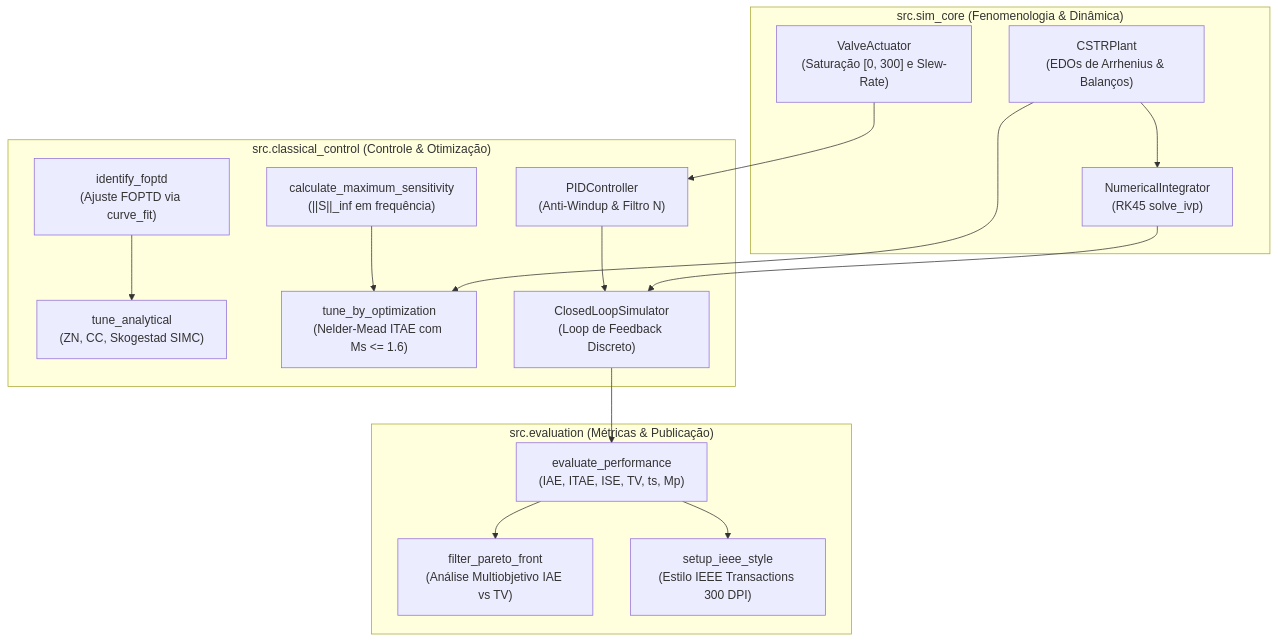
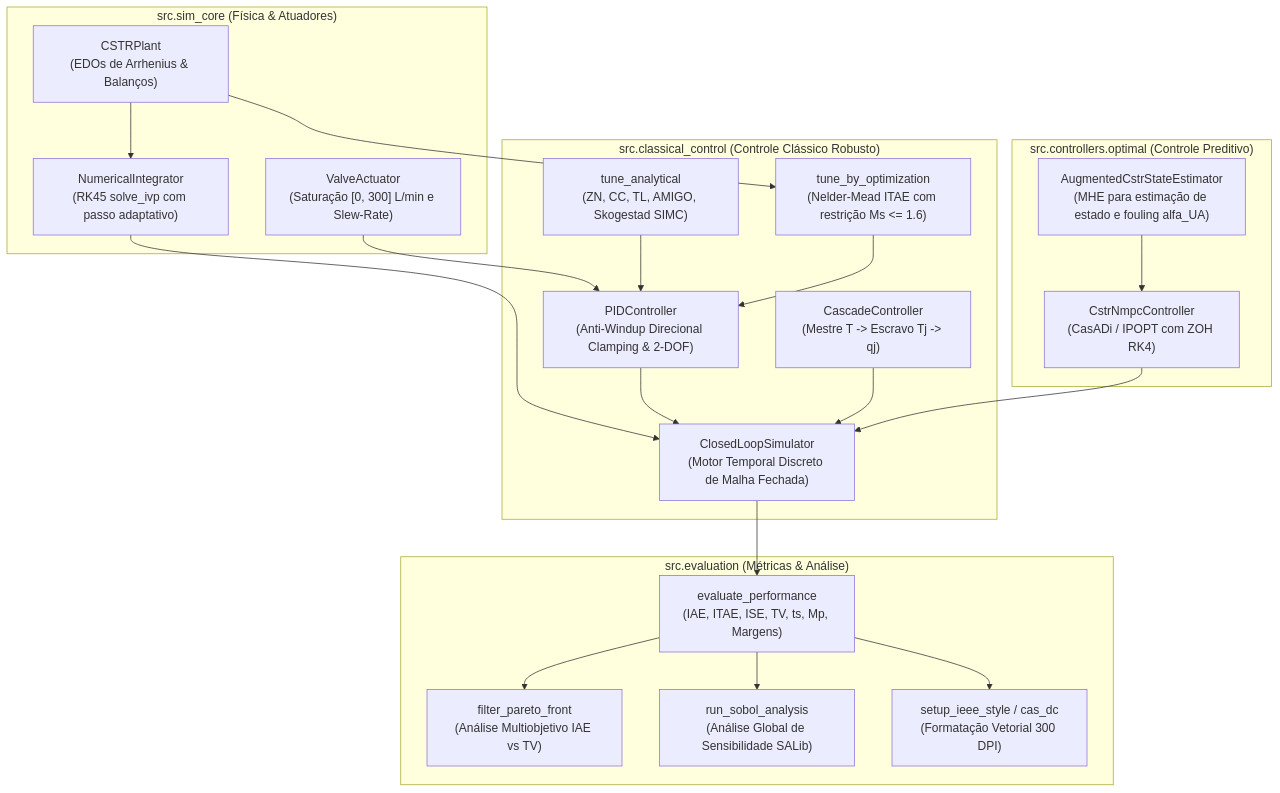
Before and after one commit to Marques-svnt/IC-CSTR-Control-Benchmark: the diagram in src/README.md, drawn with Mermaid. The commit also changed other lines of this file and 6 other files, not shown here.

````diff
--- a/src/README.md
+++ b/src/README.md
@@ -12,34 +12,43 @@
 ```mermaid
 flowchart TD
-    subgraph sim_core["src.sim_core (Fenomenologia & Dinâmica)"]
+    subgraph sim_core["src.sim_core (Física & Atuadores)"]
         Plant["CSTRPlant\n(EDOs de Arrhenius & Balanços)"]
-        Valve["ValveActuator\n(Saturação [0, 300] e Slew-Rate)"]
-        Integ["NumericalIntegrator\n(RK45 solve_ivp)"]
+        Valve["ValveActuator\n(Saturação [0, 300] L/min e Slew-Rate)"]
+        Integ["NumericalIntegrator\n(RK45 solve_ivp com passo adaptativo)"]
     end
 
-    subgraph classical_control["src.classical_control (Controle & Otimização)"]
-        FOPTD["identify_foptd\n(Ajuste FOPTD via curve_fit)"]
-        PID["PIDController\n(Anti-Windup & Filtro N)"]
-        TuningA["tune_analytical\n(ZN, CC, Skogestad SIMC)"]
-        TuningO["tune_by_optimization\n(Nelder-Mead ITAE com Ms <= 1.6)"]
-        Sens["calculate_maximum_sensitivity\n(||S||_inf em frequência)"]
-        SimEngine["ClosedLoopSimulator\n(Loop de Feedback Discreto)"]
+    subgraph classical["src.classical_control (Controle Clássico Robusto)"]
+        PID["PIDController\n(Anti-Windup Direcional Clamping & 2-DOF)"]
+        TuningA["tune_analytical\n(ZN, CC, TL, AMIGO, Skogestad SIMC)"]
+        TuningO["tune_by_optimization\n(Nelder-Mead ITAE com restrição Ms <= 1.6)"]
+        Cascade["CascadeController\n(Mestre T -> Escravo Tj -> qj)"]
+        SimEngine["ClosedLoopSimulator\n(Motor Temporal Discreto de Malha Fechada)"]
     end
 
-    subgraph evaluation["src.evaluation (Métricas & Publicação)"]
-        Metrics["evaluate_performance\n(IAE, ITAE, ISE, TV, ts, Mp)"]
+    subgraph optimal["src.controllers.optimal (Controle Preditivo)"]
+        NMPC["CstrNmpcController\n(CasADi / IPOPT com ZOH RK4)"]
+        MHE["AugmentedCstrStateEstimator\n(MHE para estimação de estado e fouling alfa_UA)"]
+    end
+
+    subgraph eval["src.evaluation (Métricas & Análise)"]
+        Metrics["evaluate_performance\n(IAE, ITAE, ISE, TV, ts, Mp, Margens)"]
         Pareto["filter_pareto_front\n(Análise Multiobjetivo IAE vs TV)"]
-        Plots["setup_ieee_style\n(Estilo IEEE Transactions 300 DPI)"]
+        Sobol["run_sobol_analysis\n(Análise Global de Sensibilidade SALib)"]
+        Plots["setup_ieee_style / cas_dc\n(Formatação Vetorial 300 DPI)"]
     end
 
     Plant --> Integ
     Integ --> SimEngine
     Valve --> PID
     PID --> SimEngine
-    FOPTD --> TuningA
+    Cascade --> SimEngine
+    TuningA --> PID
+    TuningO --> PID
     Plant --> TuningO
-    Sens --> TuningO
+    NMPC --> SimEngine
+    MHE --> NMPC
     SimEngine --> Metrics
     Metrics --> Pareto
+    Metrics --> Sobol
     Metrics --> Plots
 ```
````
